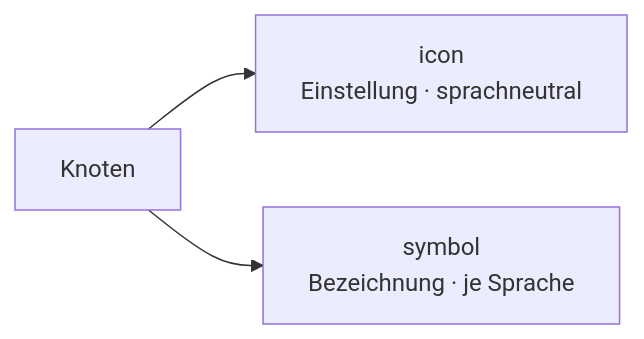
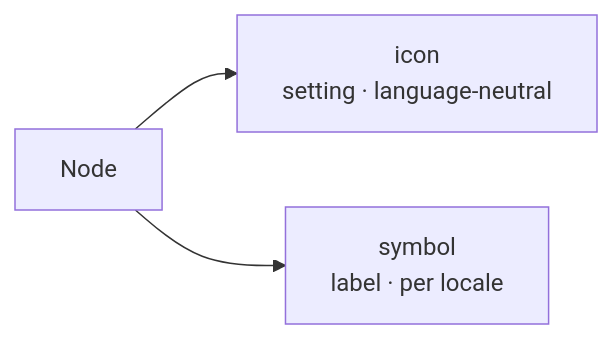
One commit to sfambach/wp-taxonomy-modeler changed the ninth of 10 diagrams in docs/NewConcept/40-i18n.md. Above: the diagram before and after it, drawn with Mermaid. The commit also changed 4 other files, not shown here.

First line of the commit message:
Diagramme auf Englisch, Sachnamen bleiben

````diff
--- a/docs/NewConcept/40-i18n.md
+++ b/docs/NewConcept/40-i18n.md
@@ -471,5 +471,5 @@
 ```mermaid
 flowchart LR
-  N["Knoten"] --> I["icon<br/>Einstellung · sprachneutral"]
-  N --> S["symbol<br/>Bezeichnung · je Sprache"]
+  N["Node"] --> I["icon<br/>setting · language-neutral"]
+  N --> S["symbol<br/>label · per locale"]
 ```
````
